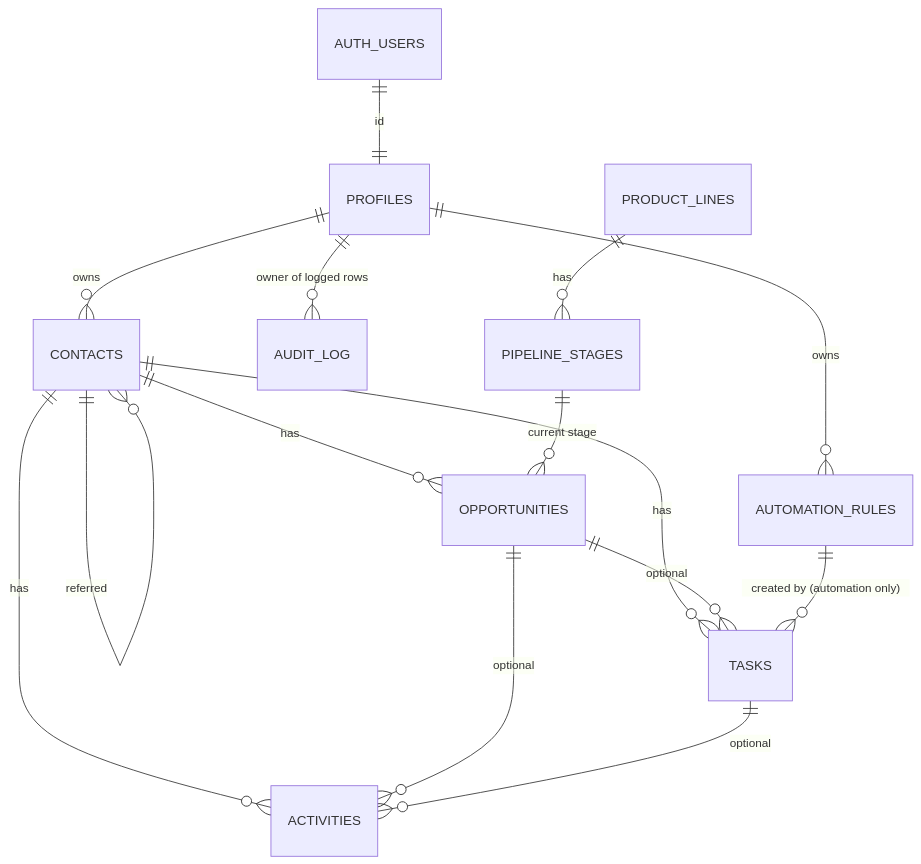
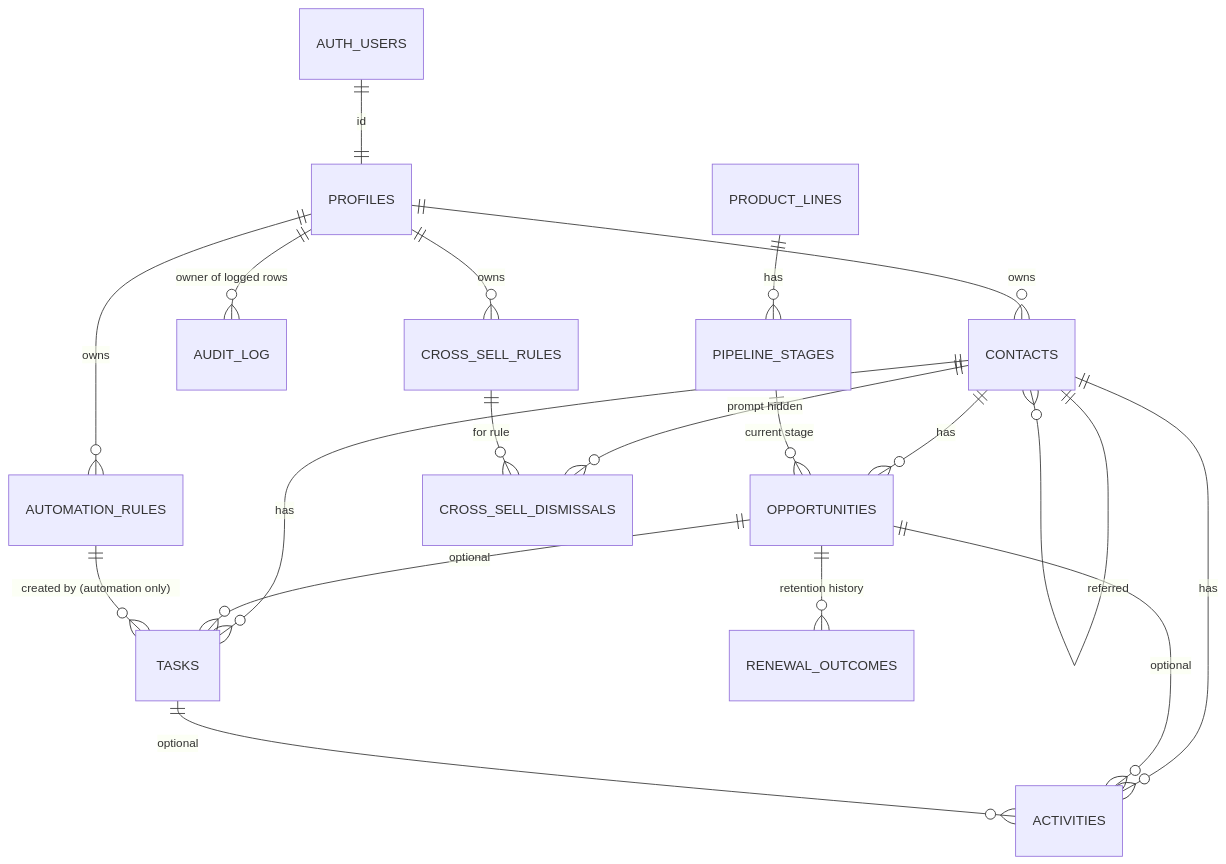
The diagram in docs/data-model.md (thebassagencyga-ai/bass-agency-crm), drawn with Mermaid before and after one commit. The commit also changed other lines of this file and 7 other files, not shown here.

````diff
--- a/docs/data-model.md
+++ b/docs/data-model.md
@@ -8,17 +8,21 @@
 ```mermaid
 erDiagram
     AUTH_USERS ||--|| PROFILES : "id"
     PROFILES ||--o{ CONTACTS : owns
     PROFILES ||--o{ AUTOMATION_RULES : owns
     PROFILES ||--o{ AUDIT_LOG : "owner of logged rows"
     PRODUCT_LINES ||--o{ PIPELINE_STAGES : has
     CONTACTS ||--o{ OPPORTUNITIES : has
     CONTACTS ||--o{ TASKS : has
     CONTACTS ||--o{ ACTIVITIES : has
     PIPELINE_STAGES ||--o{ OPPORTUNITIES : "current stage"
     OPPORTUNITIES ||--o{ TASKS : "optional"
     OPPORTUNITIES ||--o{ ACTIVITIES : "optional"
     AUTOMATION_RULES ||--o{ TASKS : "created by (automation only)"
     TASKS ||--o{ ACTIVITIES : "optional"
     CONTACTS ||--o{ CONTACTS : "referred"
+    OPPORTUNITIES ||--o{ RENEWAL_OUTCOMES : "retention history"
+    PROFILES ||--o{ CROSS_SELL_RULES : owns
+    CONTACTS ||--o{ CROSS_SELL_DISMISSALS : "prompt hidden"
+    CROSS_SELL_RULES ||--o{ CROSS_SELL_DISMISSALS : "for rule"
 ```
````
